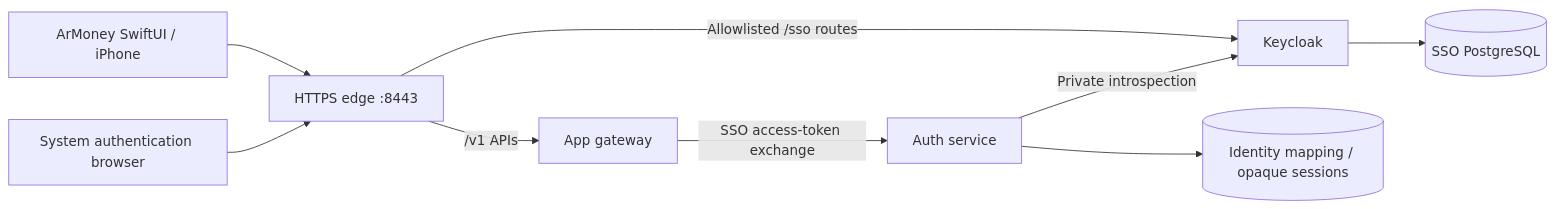
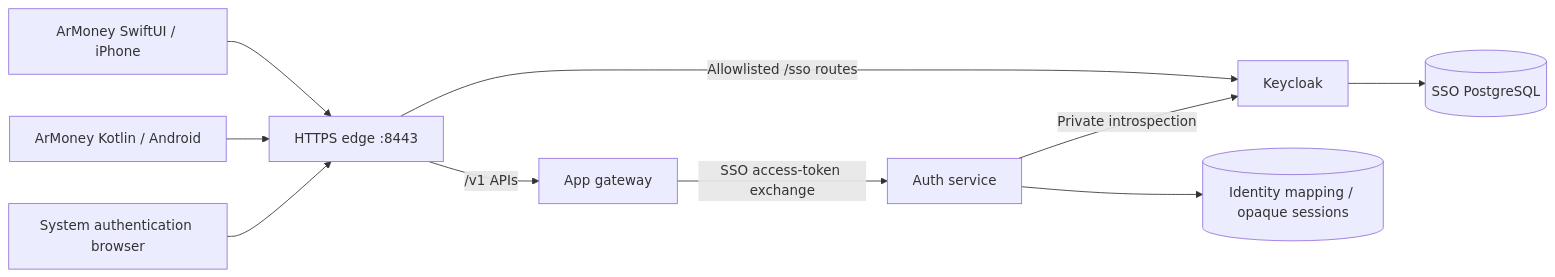
The fourth of 14 diagrams in ARCHITECTURE.md (aarbabaev/ArMoney), drawn with Mermaid before and after one commit. The commit also changed other lines of this file and 41 other files, not shown here.

Commit message:
Add native Kotlin Android banking client and shared Keycloak identity

````diff
--- a/ARCHITECTURE.md
+++ b/ARCHITECTURE.md
@@ -138,11 +140,12 @@
 ```mermaid
 flowchart LR
     I["ArMoney SwiftUI / iPhone"] --> E["HTTPS edge :8443"]
+    AND["ArMoney Kotlin / Android"] --> E
     B["System authentication browser"] --> E
     E -->|"/v1 APIs"| G["App gateway"]
     E -->|"Allowlisted /sso routes"| K["Keycloak"]
     K --> KD[("SSO PostgreSQL")]
     G -->|"SSO access-token exchange"| A["Auth service"]
     A -->|"Private introspection"| K
     A --> AD[("Identity mapping / opaque sessions")]
 ```
````
